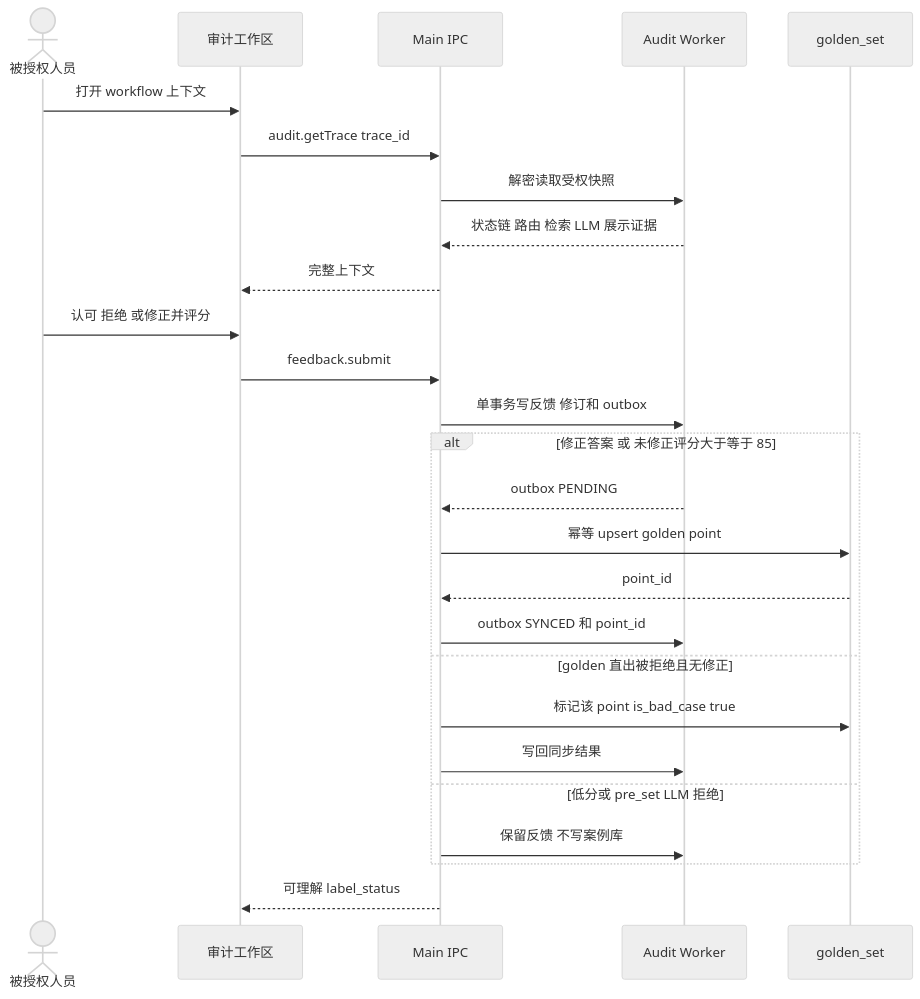
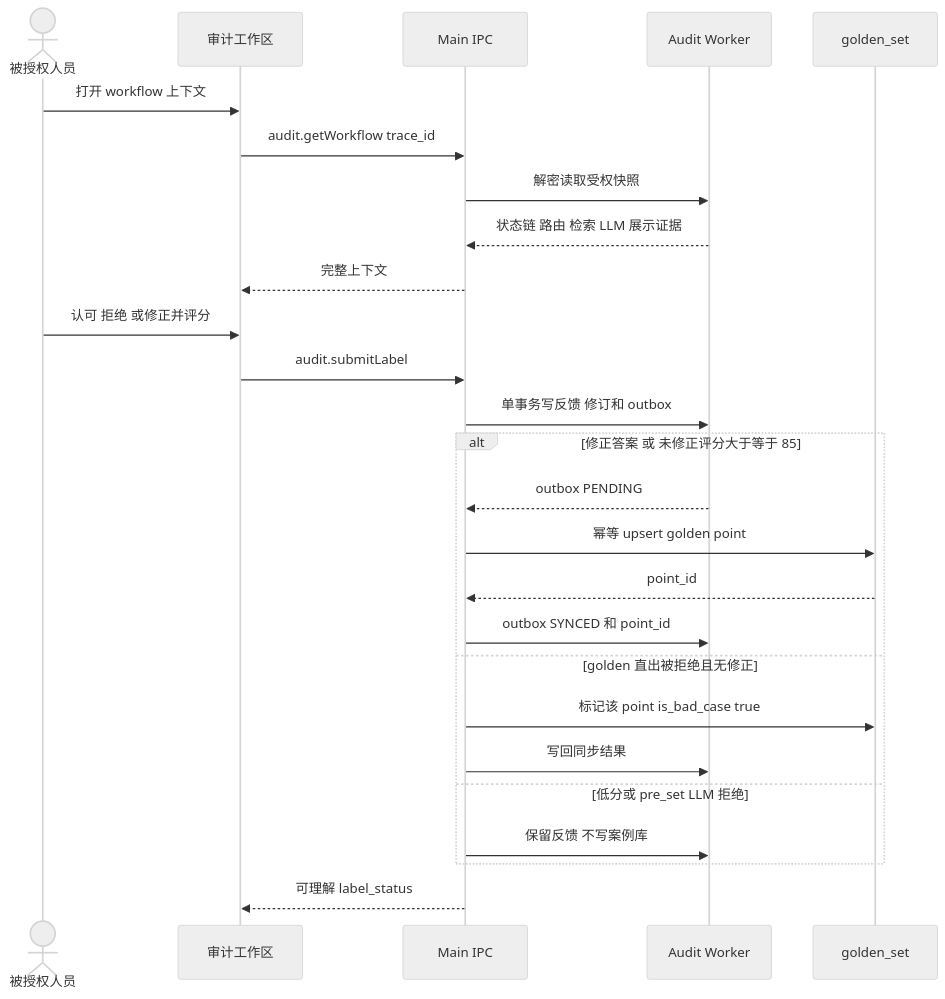
Before and after one commit to Ahsen17/douyin-echocue-standalone: the eighth of 12 diagrams in docs/09-design/Echocue-系统详细设计图册-v0.1.md, drawn with Mermaid (neutral theme). The commit also changed other lines of this file and 40 other files, not shown here.

````diff
--- a/docs/09-design/Echocue-系统详细设计图册-v0.1.md
+++ b/docs/09-design/Echocue-系统详细设计图册-v0.1.md
@@ -285,29 +287,29 @@
 ```mermaid
 sequenceDiagram
   actor U as 被授权人员
   participant UI as 审计工作区
   participant M as Main IPC
   participant A as Audit Worker
   participant Q as golden_set
 
   U->>UI: 打开 workflow 上下文
-  UI->>M: audit.getTrace trace_id
+  UI->>M: audit.getWorkflow trace_id
   M->>A: 解密读取受权快照
   A-->>M: 状态链 路由 检索 LLM 展示证据
   M-->>UI: 完整上下文
   U->>UI: 认可 拒绝 或修正并评分
-  UI->>M: feedback.submit
+  UI->>M: audit.submitLabel
   M->>A: 单事务写反馈 修订和 outbox
   alt 修正答案 或 未修正评分大于等于 85
     A-->>M: outbox PENDING
     M->>Q: 幂等 upsert golden point
     Q-->>M: point_id
     M->>A: outbox SYNCED 和 point_id
   else golden 直出被拒绝且无修正
     M->>Q: 标记该 point is_bad_case true
     M->>A: 写回同步结果
   else 低分或 pre_set LLM 拒绝
     M->>A: 保留反馈 不写案例库
   end
   M-->>UI: 可理解 label_status
 ```
````
